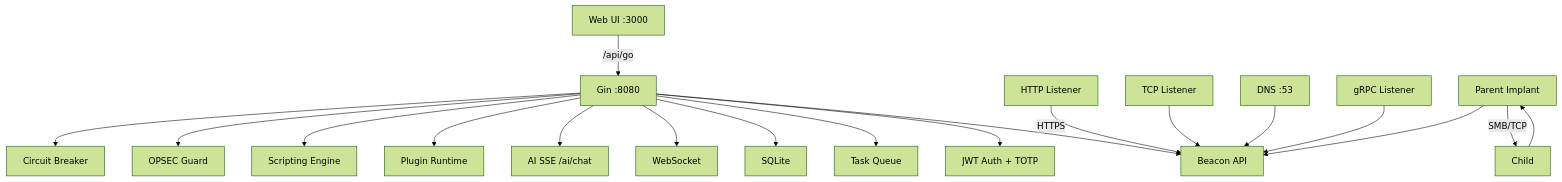
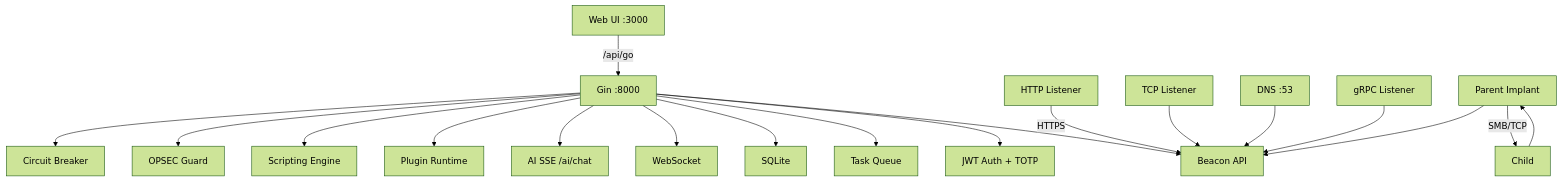
The diagram in README.md (Ruka-afk/forgec2), drawn with Mermaid (forest theme) before and after one commit. The commit also changed other lines of this file and 645 other files, not shown here.

````diff
--- a/README.md
+++ b/README.md
@@ -234,19 +234,19 @@
 ```mermaid
 graph TD
-    A[Web UI :3000] -->|/api/go| B[Gin :8080]
+    A[Web UI :3000] -->|/api/go| B[Gin :8000]
     B --> C[JWT Auth + TOTP]
     B --> D[Beacon API]
     B --> E[Task Queue]
     B --> F[SQLite]
     B --> G[WebSocket]
     B --> H[AI SSE /ai/chat]
     B --> I[Plugin Runtime]
     B --> J[Scripting Engine]
     B --> K[OPSEC Guard]
     B --> L[Circuit Breaker]
     M[HTTP Listener] -->|HTTPS| D
     N[TCP Listener] --> D
     O[DNS :53] --> D
     P[gRPC Listener] --> D
     Q[Parent Implant] -->|SMB/TCP| R[Child] --> Q --> D
 ```
````
